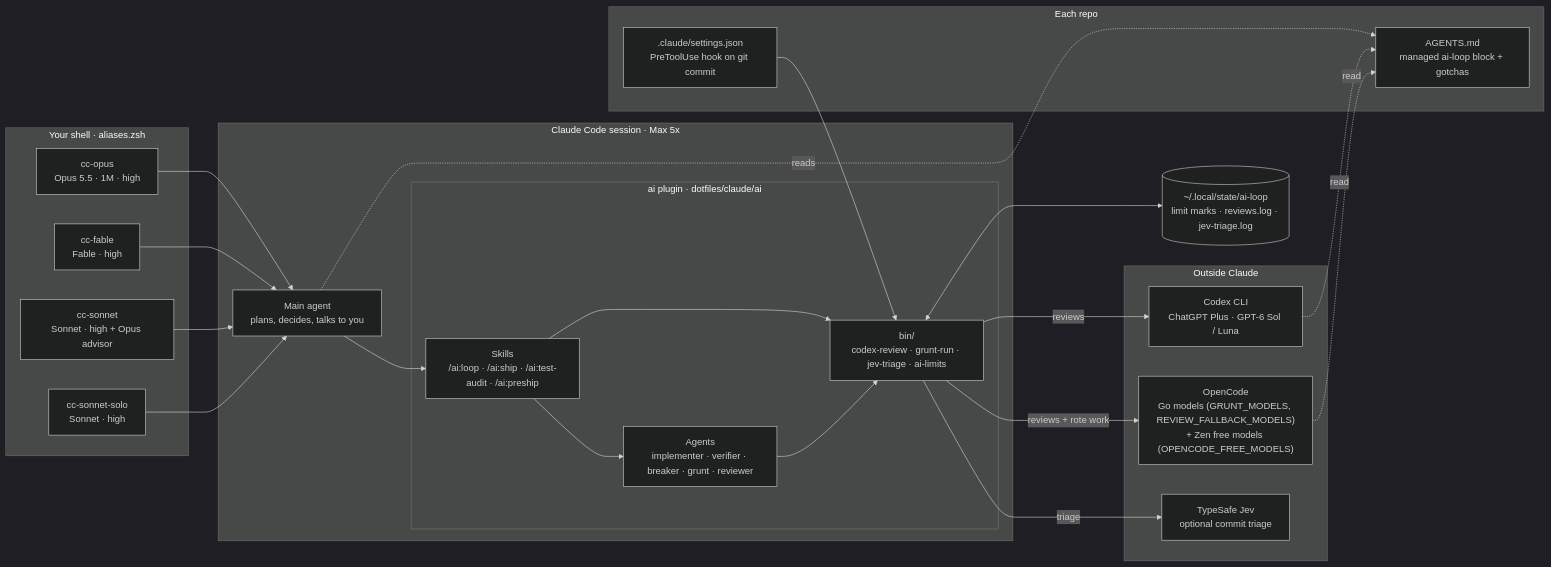
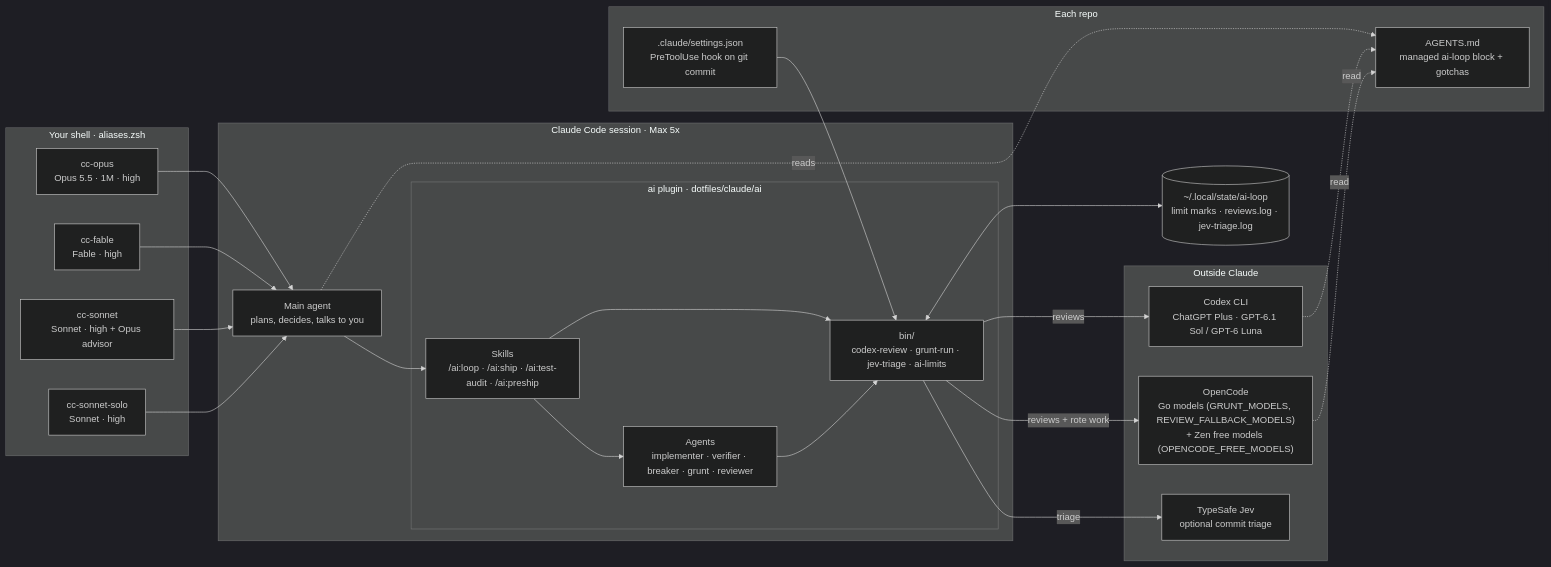
One commit to mrkpatchaa/dotfiles changed the first of 9 diagrams in claude/ARCHITECTURE.md. Above: the diagram before and after it, drawn with Mermaid (dark theme). The commit also changed 4 other files, not shown here.

Commit message:
ai 0.11.1: test-audit consolidation stage; Codex reviews on GPT-6.1 Sol; advisor fable hint

````diff
--- a/claude/ARCHITECTURE.md
+++ b/claude/ARCHITECTURE.md
@@ -18,44 +18,44 @@
 ```mermaid
 flowchart LR
   subgraph shell["Your shell · aliases.zsh"]
     A1["cc-opus<br/>Opus 5.5 · 1M · high"]
     A2["cc-fable<br/>Fable · high"]
     A3["cc-sonnet<br/>Sonnet · high + Opus advisor"]
     A4["cc-sonnet-solo<br/>Sonnet · high"]
   end
 
   subgraph cc["Claude Code session · Max 5x"]
     MAIN["Main agent<br/>plans, decides, talks to you"]
     subgraph plugin["ai plugin · dotfiles/claude/ai"]
       SK["Skills<br/>/ai:loop · /ai:ship · /ai:test-audit · /ai:preship"]
       AG["Agents<br/>implementer · verifier · breaker · grunt · reviewer"]
       BIN["bin/<br/>codex-review · grunt-run · jev-triage · ai-limits"]
     end
   end
 
   subgraph repo["Each repo"]
     AGM["AGENTS.md<br/>managed ai-loop block + gotchas"]
     HOOK[".claude/settings.json<br/>PreToolUse hook on git commit"]
   end
 
   subgraph ext["Outside Claude"]
-    CX["Codex CLI<br/>ChatGPT Plus · GPT-6 Sol / Luna"]
+    CX["Codex CLI<br/>ChatGPT Plus · GPT-6.1 Sol / GPT-6 Luna"]
     OC["OpenCode<br/>Go models (GRUNT_MODELS, REVIEW_FALLBACK_MODELS)<br/>+ Zen free models (OPENCODE_FREE_MODELS)"]
     JEV["TypeSafe Jev<br/>optional commit triage"]
   end
 
   STATE[("~/.local/state/ai-loop<br/>limit marks · reviews.log · jev-triage.log")]
 
   A1 & A2 & A3 & A4 --> MAIN
   MAIN --> SK
   SK --> AG
   SK --> BIN
   AG --> BIN
   BIN -->|reviews| CX
   BIN -->|reviews + rote work| OC
   BIN -->|triage| JEV
   HOOK --> BIN
   MAIN -. reads .-> AGM
   CX & OC -. read .-> AGM
   BIN <--> STATE
 ```
````
